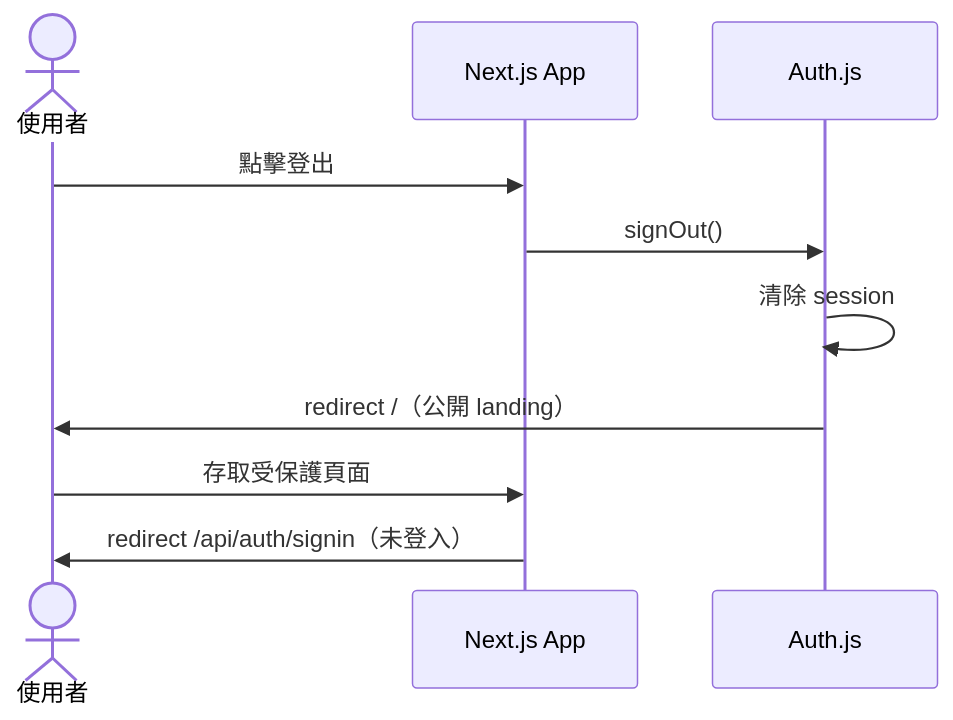
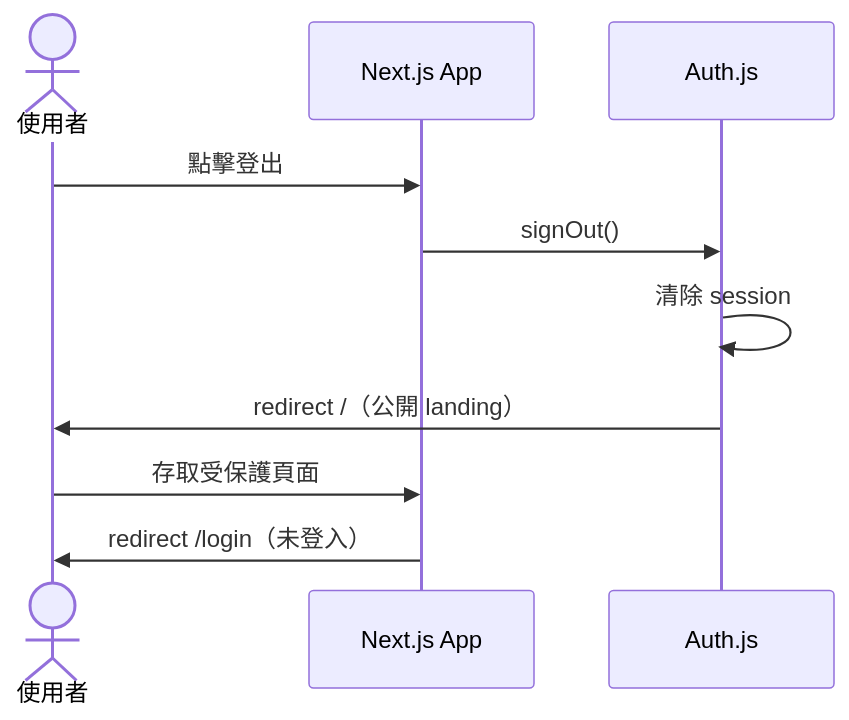
Before and after one commit to thementorship-tw/thementorship-exchange-app: the second of 2 diagrams in docs/auth/01-overview.md, drawn with Mermaid. The commit also changed other lines of this file and 4 other files, not shown here.

First line of the commit message:
docs: align auth docs with custom login page

````diff
--- a/docs/auth/01-overview.md
+++ b/docs/auth/01-overview.md
@@ -176,13 +181,13 @@
 ```mermaid
 sequenceDiagram
     actor User as 使用者
     participant App as Next.js App
     participant Auth as Auth.js
 
     User->>App: 點擊登出
     App->>Auth: signOut()
     Auth->>Auth: 清除 session
     Auth->>User: redirect /（公開 landing）
     User->>App: 存取受保護頁面
-    App->>User: redirect /api/auth/signin（未登入）
+    App->>User: redirect /login（未登入）
 ```
````
